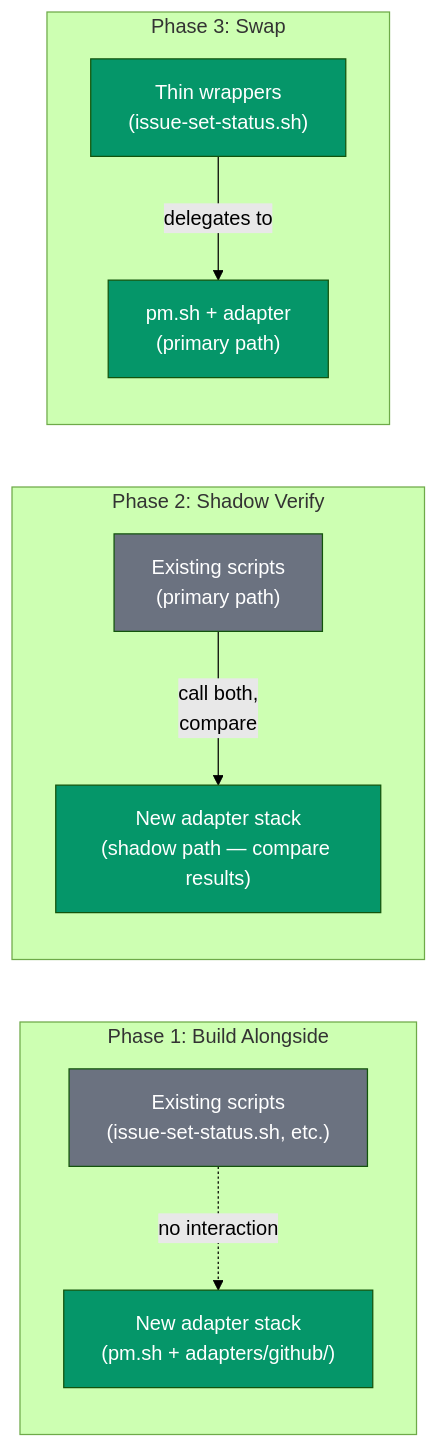
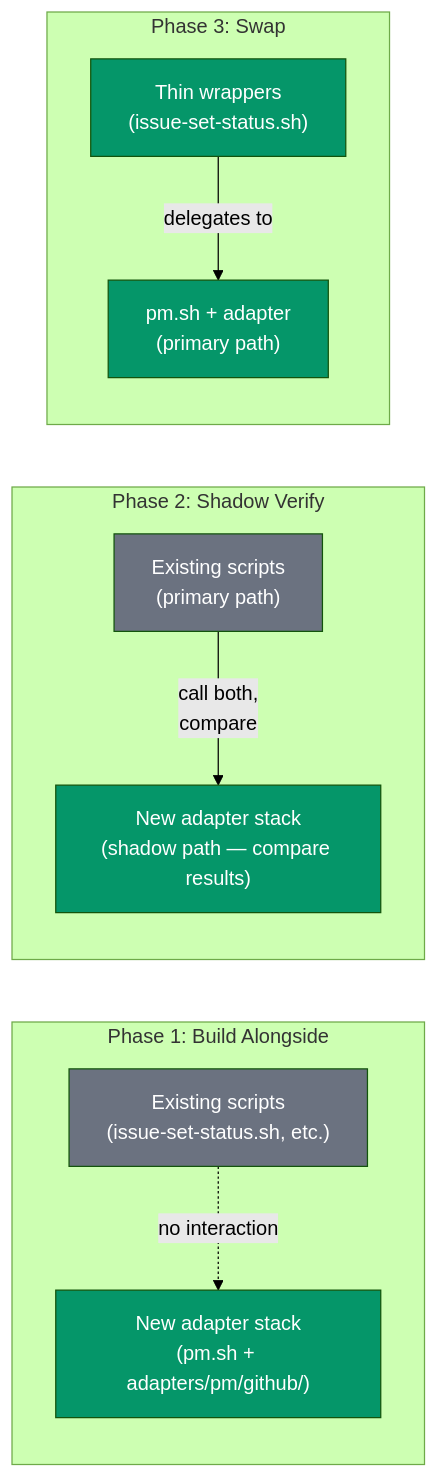
One commit to carlosboeing/agentic-sdlc-workflow changed the fourth of 4 diagrams in docs/2-design/2026-03-18-pm-abstraction-layer.md. Above: the diagram before and after it, drawn with Mermaid (forest theme). The commit also changed other lines of this file, not shown here.

First line of the commit message:
docs(design): namespace adapter folders as pm/github/ for future extensibility

````diff
--- a/docs/2-design/2026-03-18-pm-abstraction-layer.md
+++ b/docs/2-design/2026-03-18-pm-abstraction-layer.md
@@ -464,28 +464,28 @@
 ```mermaid
 graph LR
     subgraph "Phase 1: Build Alongside"
         OLD1["Existing scripts<br/>(issue-set-status.sh, etc.)"]
-        NEW1["New adapter stack<br/>(pm.sh + adapters/github/)"]
+        NEW1["New adapter stack<br/>(pm.sh + adapters/pm/github/)"]
     end
 
     subgraph "Phase 2: Shadow Verify"
         OLD2["Existing scripts<br/>(primary path)"]
         NEW2["New adapter stack<br/>(shadow path — compare results)"]
     end
 
     subgraph "Phase 3: Swap"
         WRAP["Thin wrappers<br/>(issue-set-status.sh)"]
         FINAL["pm.sh + adapter<br/>(primary path)"]
     end
 
     OLD1 -.->|"no interaction"| NEW1
     OLD2 -->|"call both,<br/>compare"| NEW2
     WRAP -->|"delegates to"| FINAL
 
     style OLD1 fill:#6b7280,color:#fff
     style NEW1 fill:#059669,color:#fff
     style OLD2 fill:#6b7280,color:#fff
     style NEW2 fill:#059669,color:#fff
     style WRAP fill:#059669,color:#fff
     style FINAL fill:#059669,color:#fff
 ```
````
